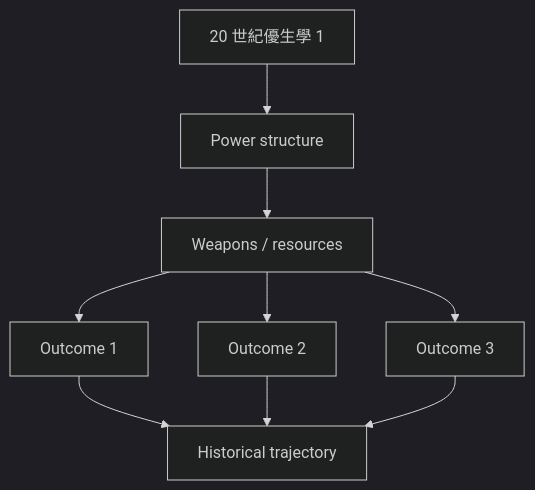
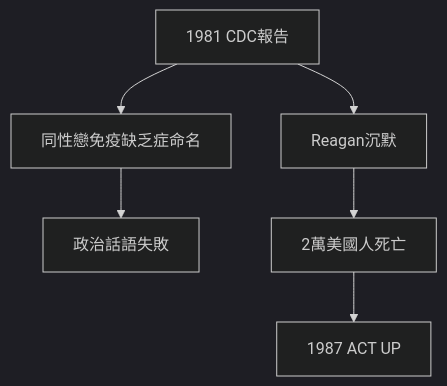
The third of 10 diagrams in 02_Harvard_Courses/Fall_Courses/Hist86_Race_and_Public_Health.md (yip-lgtm/HKU-Harvard-History-Self-Study), drawn with Mermaid (dark theme) before and after one commit. The commit also changed other lines of this file and 15 other files, not shown here.

````diff
--- a/02_Harvard_Courses/Fall_Courses/Hist86_Race_and_Public_Health.md
+++ b/02_Harvard_Courses/Fall_Courses/Hist86_Race_and_Public_Health.md
@@ -185,11 +137,8 @@
 ```mermaid
 graph TD
-    A[20 世紀優生學 1] --> B[Power structure]
-    B --> C[Weapons / resources]
-    C --> D[Outcome 1]
-    C --> E[Outcome 2]
-    C --> F[Outcome 3]
-    D --> G[Historical trajectory]
-    E --> G
-    F --> G
+    A[1981 CDC報告] --> B["同性戀免疫缺乏症"命名]
+    B --> C[政治話語失敗]
+    A --> D[Reagan沉默]
+    D --> E[2萬美國人死亡]
+    E --> F[1987 ACT UP]
 ```
````
